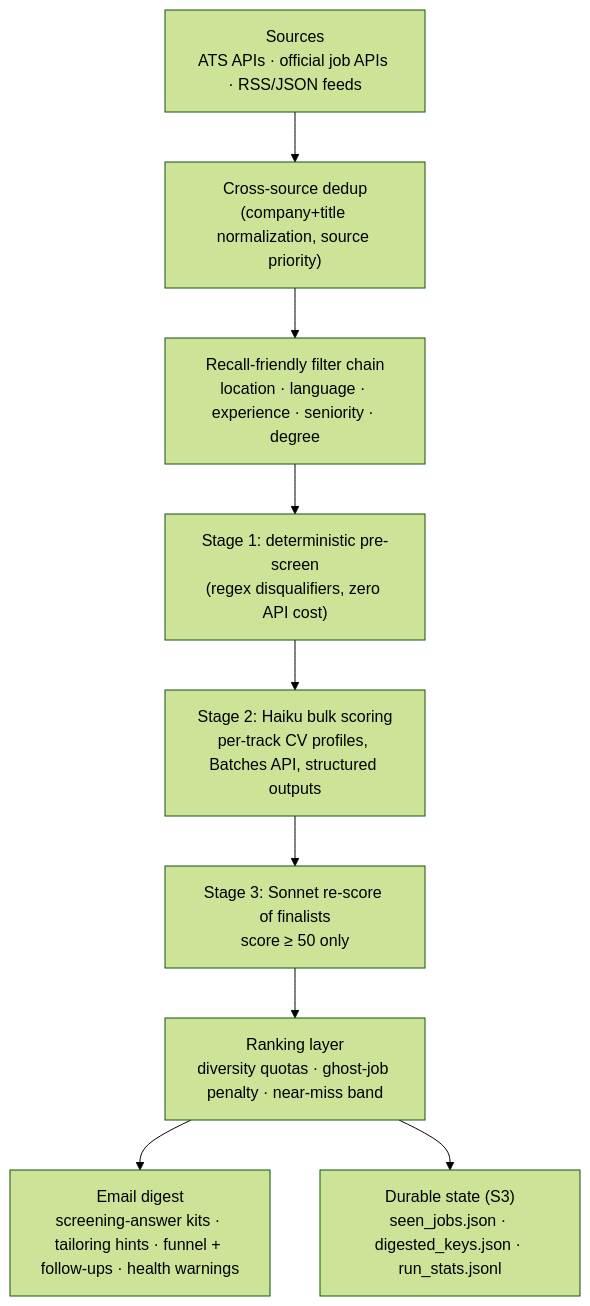
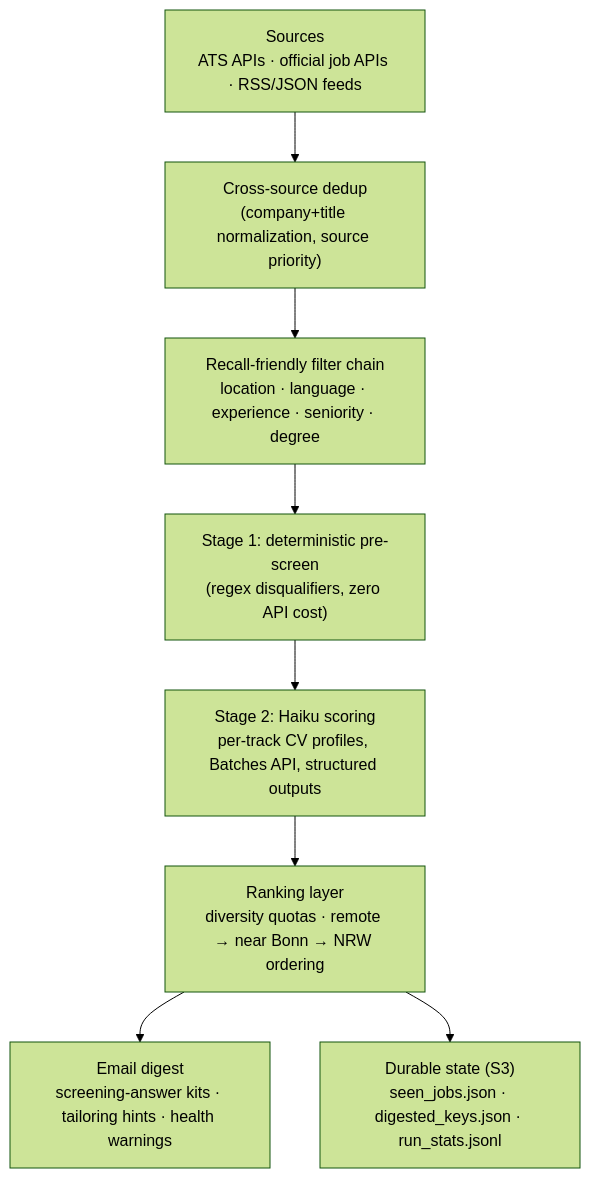
One commit to SherwanAli0/job-hunter changed the diagram in README.md. Above: the diagram before and after it, drawn with Mermaid (forest theme). The commit also changed other lines of this file and 5 other files, not shown here.

````diff
--- a/README.md
+++ b/README.md
@@ -25,11 +25,10 @@
 ```mermaid
 flowchart TD
     A["Sources<br/>ATS APIs · official job APIs · RSS/JSON feeds"] --> B["Cross-source dedup<br/>(company+title normalization, source priority)"]
     B --> C["Recall-friendly filter chain<br/>location · language · experience · seniority · degree"]
     C --> D["Stage 1: deterministic pre-screen<br/>(regex disqualifiers, zero API cost)"]
-    D --> E["Stage 2: Haiku bulk scoring<br/>per-track CV profiles, Batches API, structured outputs"]
-    E --> F["Stage 3: Sonnet re-score of finalists<br/>score ≥ 50 only"]
-    F --> G["Ranking layer<br/>diversity quotas · ghost-job penalty · near-miss band"]
-    G --> H["Email digest<br/>screening-answer kits · tailoring hints · funnel + follow-ups · health warnings"]
+    D --> E["Stage 2: Haiku scoring<br/>per-track CV profiles, Batches API, structured outputs"]
+    E --> G["Ranking layer<br/>diversity quotas · remote → near Bonn → NRW ordering"]
+    G --> H["Email digest<br/>screening-answer kits · tailoring hints · health warnings"]
     G --> I["Durable state (S3)<br/>seen_jobs.json · digested_keys.json · run_stats.jsonl"]
 ```
````
